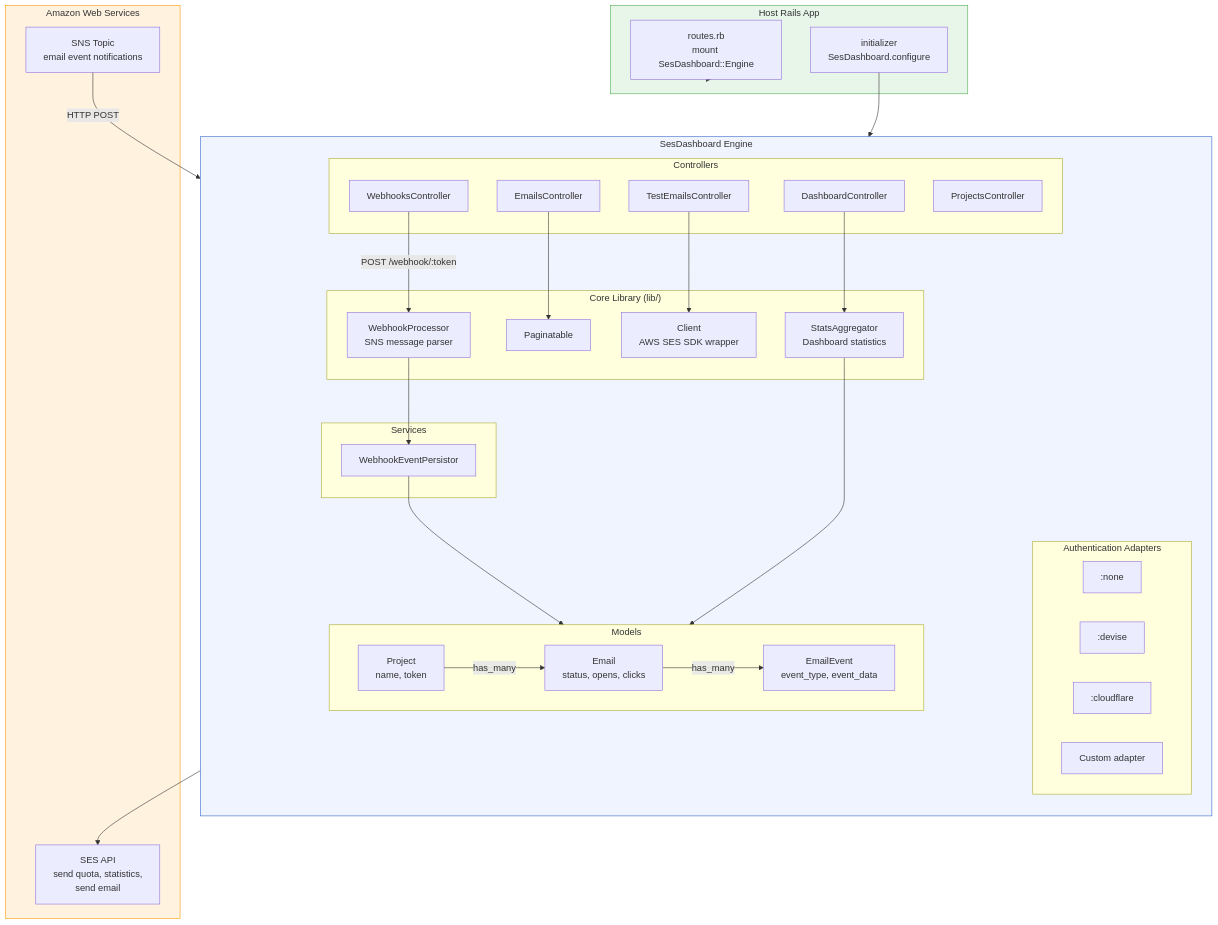
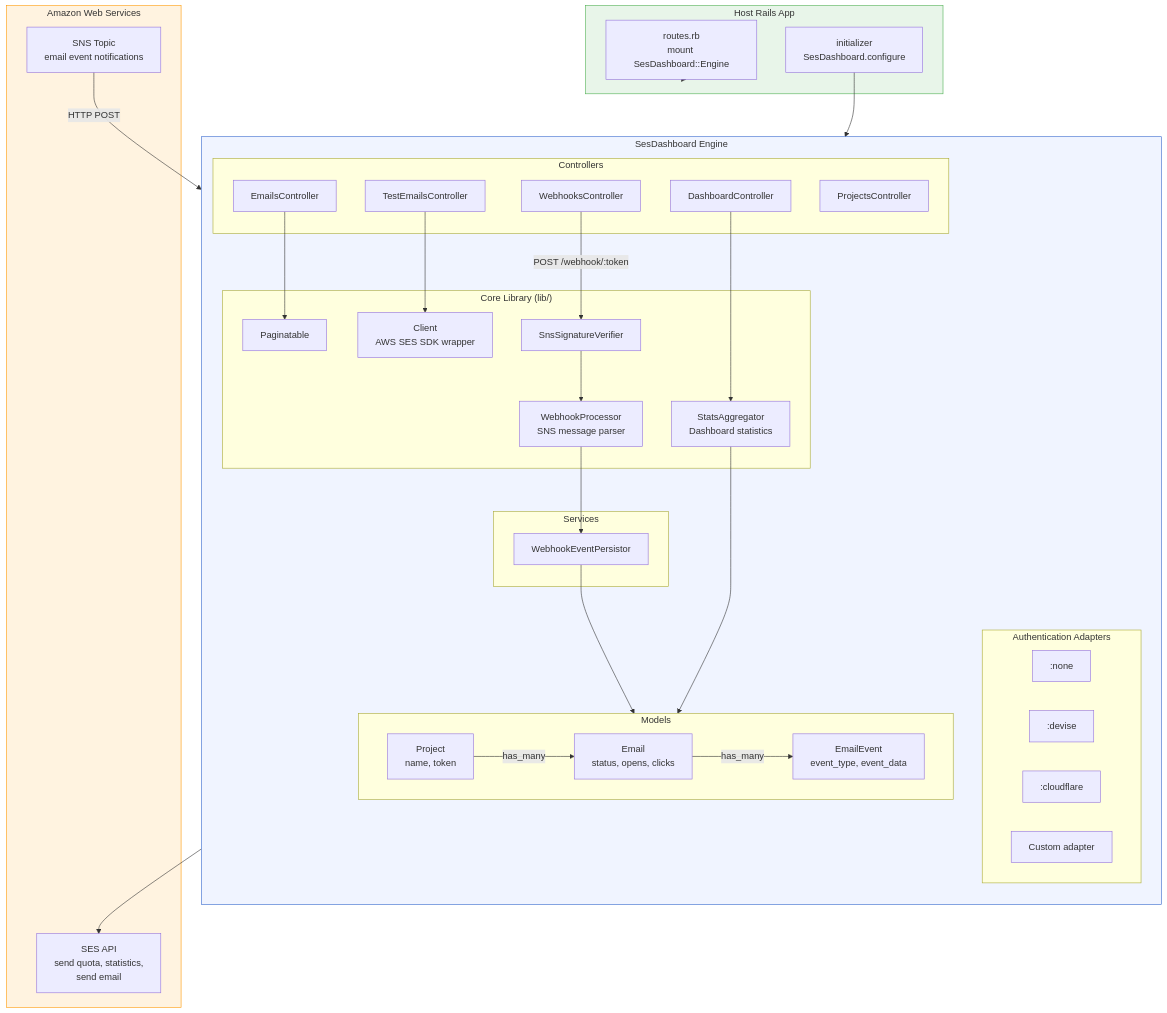
Before and after one commit to antodoms/ses_dashboard: the diagram in README.md, drawn with Mermaid. The commit also changed other lines of this file and 10 other files, not shown here.

First line of the commit message:
implement sns signature verification for webhooks

````diff
--- a/README.md
+++ b/README.md
@@ -7,65 +42,67 @@
 ```mermaid
 graph TB
     subgraph Host["Host Rails App"]
         Routes["routes.rb<br/>mount SesDashboard::Engine"]
         Initializer["initializer<br/>SesDashboard.configure"]
     end
 
     subgraph Engine["SesDashboard Engine"]
         direction TB
         subgraph Controllers
             DC["DashboardController"]
             PC["ProjectsController"]
             EC["EmailsController"]
             WC["WebhooksController"]
             TC["TestEmailsController"]
         end
 
         subgraph Auth["Authentication Adapters"]
             None[":none"]
             Devise[":devise"]
             CF[":cloudflare"]
             Custom["Custom adapter"]
         end
 
         subgraph Core["Core Library (lib/)"]
             Client["Client<br/>AWS SES SDK wrapper"]
             WP["WebhookProcessor<br/>SNS message parser"]
+            SV["SnsSignatureVerifier"]
             SA["StatsAggregator<br/>Dashboard statistics"]
             Pag["Paginatable"]
         end
 
         subgraph Models
             Project["Project<br/>name, token"]
             Email["Email<br/>status, opens, clicks"]
             Event["EmailEvent<br/>event_type, event_data"]
         end
 
         subgraph Services
             WEP["WebhookEventPersistor"]
         end
     end
 
     subgraph AWS["Amazon Web Services"]
         SES["SES API<br/>send quota, statistics,<br/>send email"]
         SNS["SNS Topic<br/>email event notifications"]
     end
 
     Routes --> Controllers
     Initializer --> Auth
     DC --> SA
     EC --> Pag
     TC --> Client
-    WC -->|"POST /webhook/:token"| WP
+    WC -->|"POST /webhook/:token"| SV
+    SV --> WP
     WP --> WEP
     WEP --> Models
     Client --> SES
     SNS -->|"HTTP POST"| WC
     SA --> Models
     Project -->|has_many| Email
     Email -->|has_many| Event
 
     style Engine fill:#f0f4ff,stroke:#3366cc
     style AWS fill:#fff3e0,stroke:#ff9800
     style Host fill:#e8f5e9,stroke:#4caf50
 ```
````
